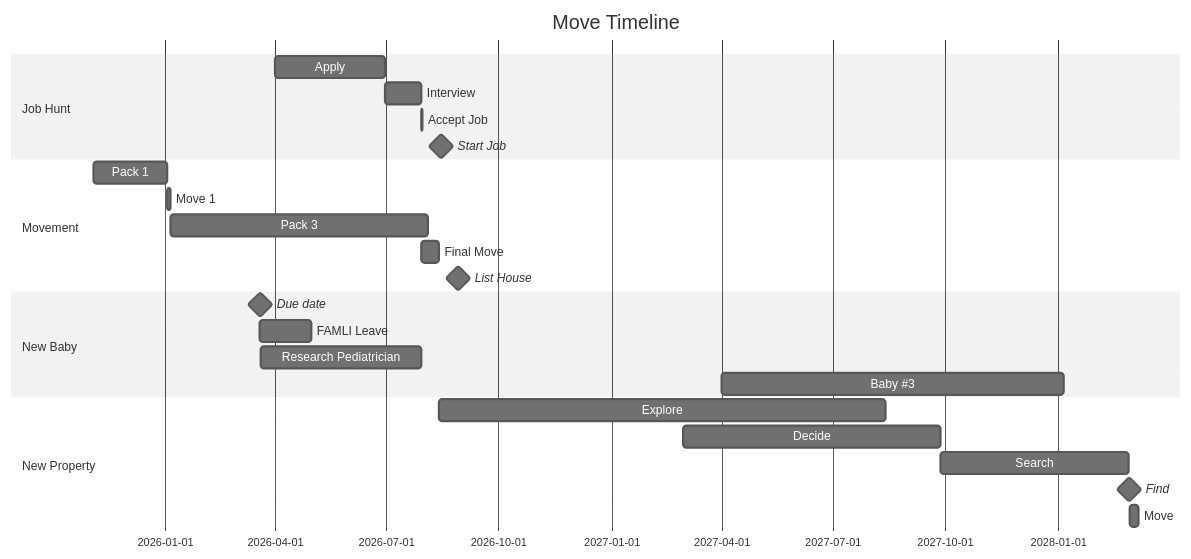
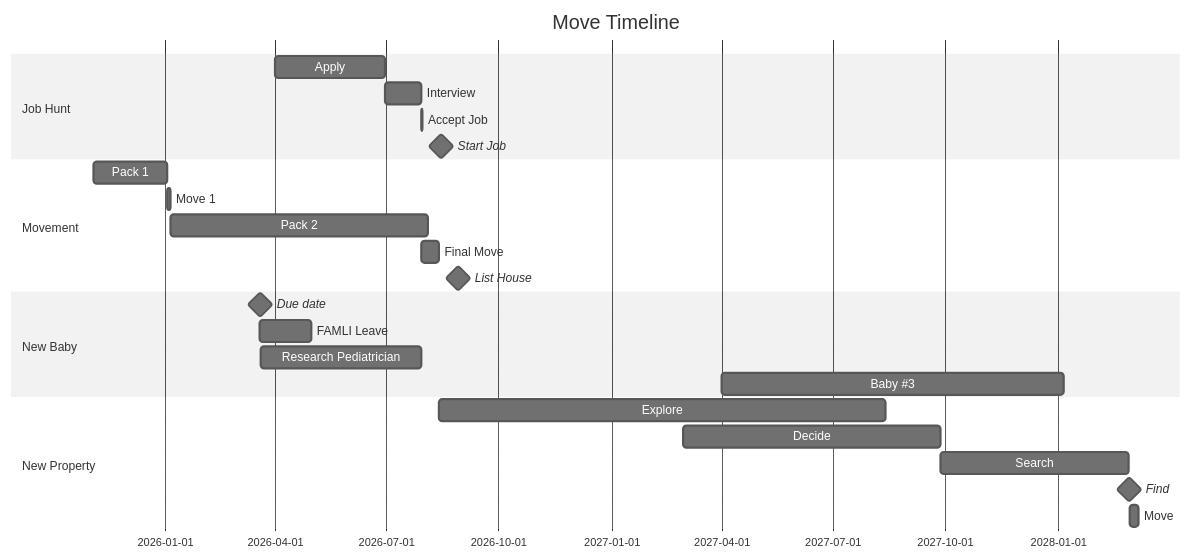
One commit to lfulmer35/ArkansasPlanning changed the diagram in brainstorm.md. Above: the diagram before and after it, drawn with Mermaid (neutral theme). The commit also changed other lines of this file, not shown here.

Commit message:
Update gantt chart.

````diff
--- a/brainstorm.md
+++ b/brainstorm.md
@@ -315,28 +315,28 @@
 ```mermaid
 gantt
 title Move Timeline
     dateFormat YYYY-MM-DD
     tickInterval 3month
     section Job Hunt
         Apply       : ap1, 2026-04-01, 90d
         Interview   : ap2, after ap1, 30d 
         Accept Job  : after ap2, 1d
         Start Job   :milestone, 2026-08-30
     section Movement
         Pack 1      :p1, 2025-11-4, 60d
         Move 1      :m1, after p1, 3d 
-        Pack 3      :p2, after m1, 210d
+        Pack 2      :p2, after m1, 210d
         Final Move  : m3, after ap2, 14d
         List House  :milestone, after ap2, 60d
     section New Baby
         Due date    :milestone, 2026-03-20, 1d
         FAMLI Leave :bb1, 2026-03-20, 6w
         Research Pediatrician : 2026-3-21, until m3
         Baby #3     :bb2, 2027-04-01, 40w
     section New Property
         Explore    :after m3, 1y
         Decide     :d1, 2027-03-01, 30w
         Search     :finSearch, after d1, 22w
         Find       :milestone, 1d
         Move       : 7d
 ```
````
